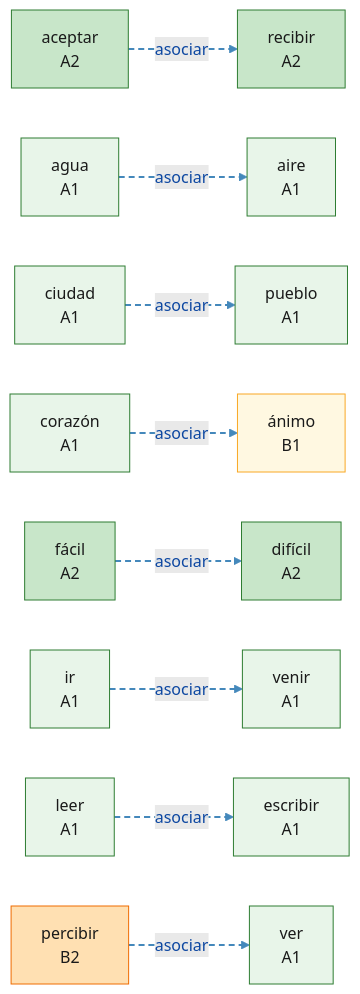
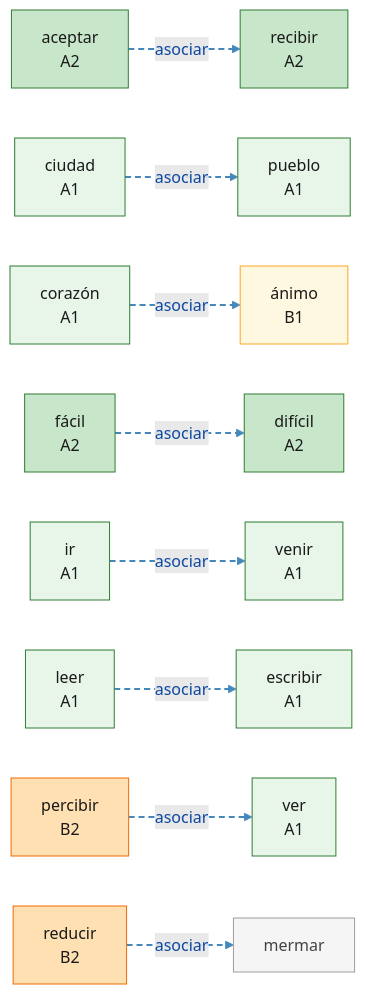
The diagram in mindmaps/asociar_a-l-2-4.md (auding1900/es-raiz-vocab), drawn with Mermaid before and after one commit. The commit also changed other lines of this file and 30 other files, not shown here.

First line of the commit message:
feat(data): 新增 C4 词根导图：struct,fabric,constru,mol,aed,tect,mur,pont

````diff
--- a/mindmaps/asociar_a-l-2-4.md
+++ b/mindmaps/asociar_a-l-2-4.md
@@ -8,59 +8,59 @@
 ```mermaid
 graph LR
   W_aceptar["aceptar<br/>A2"]:::lvlA2
-  W_agua["agua<br/>A1"]:::lvlA1
-  W_aire["aire<br/>A1"]:::lvlA1
   W_animo["ánimo<br/>B1"]:::lvlB1
   W_ciudad["ciudad<br/>A1"]:::lvlA1
   W_corazon["corazón<br/>A1"]:::lvlA1
   W_dificil["difícil<br/>A2"]:::lvlA2
   W_escribir["escribir<br/>A1"]:::lvlA1
   W_facil["fácil<br/>A2"]:::lvlA2
   W_ir["ir<br/>A1"]:::lvlA1
   W_leer["leer<br/>A1"]:::lvlA1
+  W_mermar["mermar"]:::lvlNA
   W_percibir["percibir<br/>B2"]:::lvlB2
   W_pueblo["pueblo<br/>A1"]:::lvlA1
   W_recibir["recibir<br/>A2"]:::lvlA2
+  W_reducir["reducir<br/>B2"]:::lvlB2
   W_venir["venir<br/>A1"]:::lvlA1
   W_ver["ver<br/>A1"]:::lvlA1
+  W_reducir -.->|asociar| W_mermar
   W_percibir -.->|asociar| W_ver
   W_aceptar -.->|asociar| W_recibir
   W_facil -.->|asociar| W_dificil
   W_ir -.->|asociar| W_venir
   W_leer -.->|asociar| W_escribir
   W_corazon -.->|asociar| W_animo
   W_ciudad -.->|asociar| W_pueblo
-  W_agua -.->|asociar| W_aire
   linkStyle 0 stroke:#4488bb,stroke-width:2px,stroke-dasharray:6 4
   linkStyle 1 stroke:#4488bb,stroke-width:2px,stroke-dasharray:6 4
   linkStyle 2 stroke:#4488bb,stroke-width:2px,stroke-dasharray:6 4
   linkStyle 3 stroke:#4488bb,stroke-width:2px,stroke-dasharray:6 4
   linkStyle 4 stroke:#4488bb,stroke-width:2px,stroke-dasharray:6 4
   linkStyle 5 stroke:#4488bb,stroke-width:2px,stroke-dasharray:6 4
   linkStyle 6 stroke:#4488bb,stroke-width:2px,stroke-dasharray:6 4
   linkStyle 7 stroke:#4488bb,stroke-width:2px,stroke-dasharray:6 4
   classDef root fill:#bbdefb,stroke:#1565c0,stroke-width:2px,color:#0d47a1
   classDef lvlA1 fill:#e8f5e9,stroke:#2e7d32,color:#1a1a1a
   classDef lvlA2 fill:#c8e6c9,stroke:#2e7d32,color:#1a1a1a
   classDef lvlB1 fill:#fff8e1,stroke:#f9a825,color:#1a1a1a
   classDef lvlB2 fill:#ffe0b2,stroke:#ef6c00,color:#1a1a1a
   classDef lvlC1 fill:#ffccbc,stroke:#d84315,color:#1a1a1a
   classDef lvlC2 fill:#ffcdd2,stroke:#b71c1c,color:#1a1a1a
   classDef lvlNA fill:#f5f5f5,stroke:#9e9e9e,color:#424242
   click W_aceptar "https://www.doubao.com/chat?q=%E8%A5%BF%E7%8F%AD%E7%89%99%E8%AF%ADaceptar%EF%BC%8C%E8%AF%8D%E6%A0%B9cap%EF%BC%8C%E8%A7%A3%E9%87%8A%E8%AF%8D%E4%B9%89%E3%80%81DELE%E7%AD%89%E7%BA%A7%E3%80%81%E8%AF%AD%E4%BD%93%E3%80%81%E5%B8%B8%E7%94%A8%E6%90%AD%E9%85%8D%E3%80%81%E8%BF%91%E4%B9%89%E8%AF%8D%E8%BE%A8%E6%9E%90%EF%BC%8C%E5%B9%B6%E4%B8%94%E7%BB%992%E6%9D%A1%E6%9D%A5%E8%87%AA%E5%85%AC%E7%89%88%E8%A5%BF%E8%AF%AD%E6%96%87%E6%9C%AC%EF%BC%88Wikisource%2F%E5%8F%A4%E7%99%BB%E5%A0%A1%EF%BC%89%E7%9A%84%E8%87%AA%E7%84%B6%E4%BE%8B%E5%8F%A5%EF%BC%8C%E4%BE%8B%E5%8F%A5%E4%BC%98%E5%85%88%E9%80%89%E7%94%A8%E7%8E%B0%E4%BB%A3%E6%A0%87%E5%87%86%E8%A5%BF%E7%8F%AD%E7%89%99%E8%AF%AD%EF%BC%8C%E5%8F%A4%E4%BD%93%E4%BE%8B%E5%8F%A5%E6%A0%87%E6%B3%A8%E3%80%90arca%C3%ADsmo%E3%80%91" "豆包查询：aceptar" _blank
-  click W_agua "https://www.doubao.com/chat?q=%E8%A5%BF%E7%8F%AD%E7%89%99%E8%AF%ADagua%EF%BC%8C%E8%AF%8D%E6%A0%B9aqu%EF%BC%8C%E8%A7%A3%E9%87%8A%E8%AF%8D%E4%B9%89%E3%80%81DELE%E7%AD%89%E7%BA%A7%E3%80%81%E8%AF%AD%E4%BD%93%E3%80%81%E5%B8%B8%E7%94%A8%E6%90%AD%E9%85%8D%E3%80%81%E8%BF%91%E4%B9%89%E8%AF%8D%E8%BE%A8%E6%9E%90%EF%BC%8C%E5%B9%B6%E4%B8%94%E7%BB%992%E6%9D%A1%E6%9D%A5%E8%87%AA%E5%85%AC%E7%89%88%E8%A5%BF%E8%AF%AD%E6%96%87%E6%9C%AC%EF%BC%88Wikisource%2F%E5%8F%A4%E7%99%BB%E5%A0%A1%EF%BC%89%E7%9A%84%E8%87%AA%E7%84%B6%E4%BE%8B%E5%8F%A5%EF%BC%8C%E4%BE%8B%E5%8F%A5%E4%BC%98%E5%85%88%E9%80%89%E7%94%A8%E7%8E%B0%E4%BB%A3%E6%A0%87%E5%87%86%E8%A5%BF%E7%8F%AD%E7%89%99%E8%AF%AD%EF%BC%8C%E5%8F%A4%E4%BD%93%E4%BE%8B%E5%8F%A5%E6%A0%87%E6%B3%A8%E3%80%90arca%C3%ADsmo%E3%80%91" "豆包查询：agua" _blank
-  click W_aire "https://www.doubao.com/chat?q=%E8%A5%BF%E7%8F%AD%E7%89%99%E8%AF%ADaire%EF%BC%8C%E8%AF%8D%E6%A0%B9aer%EF%BC%8C%E8%A7%A3%E9%87%8A%E8%AF%8D%E4%B9%89%E3%80%81DELE%E7%AD%89%E7%BA%A7%E3%80%81%E8%AF%AD%E4%BD%93%E3%80%81%E5%B8%B8%E7%94%A8%E6%90%AD%E9%85%8D%E3%80%81%E8%BF%91%E4%B9%89%E8%AF%8D%E8%BE%A8%E6%9E%90%EF%BC%8C%E5%B9%B6%E4%B8%94%E7%BB%992%E6%9D%A1%E6%9D%A5%E8%87%AA%E5%85%AC%E7%89%88%E8%A5%BF%E8%AF%AD%E6%96%87%E6%9C%AC%EF%BC%88Wikisource%2F%E5%8F%A4%E7%99%BB%E5%A0%A1%EF%BC%89%E7%9A%84%E8%87%AA%E7%84%B6%E4%BE%8B%E5%8F%A5%EF%BC%8C%E4%BE%8B%E5%8F%A5%E4%BC%98%E5%85%88%E9%80%89%E7%94%A8%E7%8E%B0%E4%BB%A3%E6%A0%87%E5%87%86%E8%A5%BF%E7%8F%AD%E7%89%99%E8%AF%AD%EF%BC%8C%E5%8F%A4%E4%BD%93%E4%BE%8B%E5%8F%A5%E6%A0%87%E6%B3%A8%E3%80%90arca%C3%ADsmo%E3%80%91" "豆包查询：aire" _blank
   click W_animo "https://www.doubao.com/chat?q=%E8%A5%BF%E7%8F%AD%E7%89%99%E8%AF%AD%C3%A1nimo%EF%BC%8C%E8%AF%8D%E6%A0%B9anim%EF%BC%8C%E8%A7%A3%E9%87%8A%E8%AF%8D%E4%B9%89%E3%80%81DELE%E7%AD%89%E7%BA%A7%E3%80%81%E8%AF%AD%E4%BD%93%E3%80%81%E5%B8%B8%E7%94%A8%E6%90%AD%E9%85%8D%E3%80%81%E8%BF%91%E4%B9%89%E8%AF%8D%E8%BE%A8%E6%9E%90%EF%BC%8C%E5%B9%B6%E4%B8%94%E7%BB%992%E6%9D%A1%E6%9D%A5%E8%87%AA%E5%85%AC%E7%89%88%E8%A5%BF%E8%AF%AD%E6%96%87%E6%9C%AC%EF%BC%88Wikisource%2F%E5%8F%A4%E7%99%BB%E5%A0%A1%EF%BC%89%E7%9A%84%E8%87%AA%E7%84%B6%E4%BE%8B%E5%8F%A5%EF%BC%8C%E4%BE%8B%E5%8F%A5%E4%BC%98%E5%85%88%E9%80%89%E7%94%A8%E7%8E%B0%E4%BB%A3%E6%A0%87%E5%87%86%E8%A5%BF%E7%8F%AD%E7%89%99%E8%AF%AD%EF%BC%8C%E5%8F%A4%E4%BD%93%E4%BE%8B%E5%8F%A5%E6%A0%87%E6%B3%A8%E3%80%90arca%C3%ADsmo%E3%80%91" "豆包查询：ánimo" _blank
   click W_ciudad "https://www.doubao.com/chat?q=%E8%A5%BF%E7%8F%AD%E7%89%99%E8%AF%ADciudad%EF%BC%8C%E8%AF%8D%E6%A0%B9civ%EF%BC%8C%E8%A7%A3%E9%87%8A%E8%AF%8D%E4%B9%89%E3%80%81DELE%E7%AD%89%E7%BA%A7%E3%80%81%E8%AF%AD%E4%BD%93%E3%80%81%E5%B8%B8%E7%94%A8%E6%90%AD%E9%85%8D%E3%80%81%E8%BF%91%E4%B9%89%E8%AF%8D%E8%BE%A8%E6%9E%90%EF%BC%8C%E5%B9%B6%E4%B8%94%E7%BB%992%E6%9D%A1%E6%9D%A5%E8%87%AA%E5%85%AC%E7%89%88%E8%A5%BF%E8%AF%AD%E6%96%87%E6%9C%AC%EF%BC%88Wikisource%2F%E5%8F%A4%E7%99%BB%E5%A0%A1%EF%BC%89%E7%9A%84%E8%87%AA%E7%84%B6%E4%BE%8B%E5%8F%A5%EF%BC%8C%E4%BE%8B%E5%8F%A5%E4%BC%98%E5%85%88%E9%80%89%E7%94%A8%E7%8E%B0%E4%BB%A3%E6%A0%87%E5%87%86%E8%A5%BF%E7%8F%AD%E7%89%99%E8%AF%AD%EF%BC%8C%E5%8F%A4%E4%BD%93%E4%BE%8B%E5%8F%A5%E6%A0%87%E6%B3%A8%E3%80%90arca%C3%ADsmo%E3%80%91" "豆包查询：ciudad" _blank
   click W_corazon "https://www.doubao.com/chat?q=%E8%A5%BF%E7%8F%AD%E7%89%99%E8%AF%ADcoraz%C3%B3n%EF%BC%8C%E8%AF%8D%E6%A0%B9cor%EF%BC%8C%E8%A7%A3%E9%87%8A%E8%AF%8D%E4%B9%89%E3%80%81DELE%E7%AD%89%E7%BA%A7%E3%80%81%E8%AF%AD%E4%BD%93%E3%80%81%E5%B8%B8%E7%94%A8%E6%90%AD%E9%85%8D%E3%80%81%E8%BF%91%E4%B9%89%E8%AF%8D%E8%BE%A8%E6%9E%90%EF%BC%8C%E5%B9%B6%E4%B8%94%E7%BB%992%E6%9D%A1%E6%9D%A5%E8%87%AA%E5%85%AC%E7%89%88%E8%A5%BF%E8%AF%AD%E6%96%87%E6%9C%AC%EF%BC%88Wikisource%2F%E5%8F%A4%E7%99%BB%E5%A0%A1%EF%BC%89%E7%9A%84%E8%87%AA%E7%84%B6%E4%BE%8B%E5%8F%A5%EF%BC%8C%E4%BE%8B%E5%8F%A5%E4%BC%98%E5%85%88%E9%80%89%E7%94%A8%E7%8E%B0%E4%BB%A3%E6%A0%87%E5%87%86%E8%A5%BF%E7%8F%AD%E7%89%99%E8%AF%AD%EF%BC%8C%E5%8F%A4%E4%BD%93%E4%BE%8B%E5%8F%A5%E6%A0%87%E6%B3%A8%E3%80%90arca%C3%ADsmo%E3%80%91" "豆包查询：corazón" _blank
   click W_dificil "https://www.doubao.com/chat?q=%E8%A5%BF%E7%8F%AD%E7%89%99%E8%AF%ADdif%C3%ADcil%EF%BC%8C%E8%AF%8D%E6%A0%B9fac%EF%BC%8C%E8%A7%A3%E9%87%8A%E8%AF%8D%E4%B9%89%E3%80%81DELE%E7%AD%89%E7%BA%A7%E3%80%81%E8%AF%AD%E4%BD%93%E3%80%81%E5%B8%B8%E7%94%A8%E6%90%AD%E9%85%8D%E3%80%81%E8%BF%91%E4%B9%89%E8%AF%8D%E8%BE%A8%E6%9E%90%EF%BC%8C%E5%B9%B6%E4%B8%94%E7%BB%992%E6%9D%A1%E6%9D%A5%E8%87%AA%E5%85%AC%E7%89%88%E8%A5%BF%E8%AF%AD%E6%96%87%E6%9C%AC%EF%BC%88Wikisource%2F%E5%8F%A4%E7%99%BB%E5%A0%A1%EF%BC%89%E7%9A%84%E8%87%AA%E7%84%B6%E4%BE%8B%E5%8F%A5%EF%BC%8C%E4%BE%8B%E5%8F%A5%E4%BC%98%E5%85%88%E9%80%89%E7%94%A8%E7%8E%B0%E4%BB%A3%E6%A0%87%E5%87%86%E8%A5%BF%E7%8F%AD%E7%89%99%E8%AF%AD%EF%BC%8C%E5%8F%A4%E4%BD%93%E4%BE%8B%E5%8F%A5%E6%A0%87%E6%B3%A8%E3%80%90arca%C3%ADsmo%E3%80%91" "豆包查询：difícil" _blank
   click W_escribir "https://www.doubao.com/chat?q=%E8%A5%BF%E7%8F%AD%E7%89%99%E8%AF%ADescribir%EF%BC%8C%E8%AF%8D%E6%A0%B9scrib%EF%BC%8C%E8%A7%A3%E9%87%8A%E8%AF%8D%E4%B9%89%E3%80%81DELE%E7%AD%89%E7%BA%A7%E3%80%81%E8%AF%AD%E4%BD%93%E3%80%81%E5%B8%B8%E7%94%A8%E6%90%AD%E9%85%8D%E3%80%81%E8%BF%91%E4%B9%89%E8%AF%8D%E8%BE%A8%E6%9E%90%EF%BC%8C%E5%B9%B6%E4%B8%94%E7%BB%992%E6%9D%A1%E6%9D%A5%E8%87%AA%E5%85%AC%E7%89%88%E8%A5%BF%E8%AF%AD%E6%96%87%E6%9C%AC%EF%BC%88Wikisource%2F%E5%8F%A4%E7%99%BB%E5%A0%A1%EF%BC%89%E7%9A%84%E8%87%AA%E7%84%B6%E4%BE%8B%E5%8F%A5%EF%BC%8C%E4%BE%8B%E5%8F%A5%E4%BC%98%E5%85%88%E9%80%89%E7%94%A8%E7%8E%B0%E4%BB%A3%E6%A0%87%E5%87%86%E8%A5%BF%E7%8F%AD%E7%89%99%E8%AF%AD%EF%BC%8C%E5%8F%A4%E4%BD%93%E4%BE%8B%E5%8F%A5%E6%A0%87%E6%B3%A8%E3%80%90arca%C3%ADsmo%E3%80%91" "豆包查询：escribir" _blank
   click W_facil "https://www.doubao.com/chat?q=%E8%A5%BF%E7%8F%AD%E7%89%99%E8%AF%ADf%C3%A1cil%EF%BC%8C%E8%AF%8D%E6%A0%B9fac%EF%BC%8C%E8%A7%A3%E9%87%8A%E8%AF%8D%E4%B9%89%E3%80%81DELE%E7%AD%89%E7%BA%A7%E3%80%81%E8%AF%AD%E4%BD%93%E3%80%81%E5%B8%B8%E7%94%A8%E6%90%AD%E9%85%8D%E3%80%81%E8%BF%91%E4%B9%89%E8%AF%8D%E8%BE%A8%E6%9E%90%EF%BC%8C%E5%B9%B6%E4%B8%94%E7%BB%992%E6%9D%A1%E6%9D%A5%E8%87%AA%E5%85%AC%E7%89%88%E8%A5%BF%E8%AF%AD%E6%96%87%E6%9C%AC%EF%BC%88Wikisource%2F%E5%8F%A4%E7%99%BB%E5%A0%A1%EF%BC%89%E7%9A%84%E8%87%AA%E7%84%B6%E4%BE%8B%E5%8F%A5%EF%BC%8C%E4%BE%8B%E5%8F%A5%E4%BC%98%E5%85%88%E9%80%89%E7%94%A8%E7%8E%B0%E4%BB%A3%E6%A0%87%E5%87%86%E8%A5%BF%E7%8F%AD%E7%89%99%E8%AF%AD%EF%BC%8C%E5%8F%A4%E4%BD%93%E4%BE%8B%E5%8F%A5%E6%A0%87%E6%B3%A8%E3%80%90arca%C3%ADsmo%E3%80%91" "豆包查询：fácil" _blank
   click W_ir "https://www.doubao.com/chat?q=%E8%A5%BF%E7%8F%AD%E7%89%99%E8%AF%ADir%EF%BC%8C%E8%AF%8D%E6%A0%B9ire%EF%BC%8C%E8%A7%A3%E9%87%8A%E8%AF%8D%E4%B9%89%E3%80%81DELE%E7%AD%89%E7%BA%A7%E3%80%81%E8%AF%AD%E4%BD%93%E3%80%81%E5%B8%B8%E7%94%A8%E6%90%AD%E9%85%8D%E3%80%81%E8%BF%91%E4%B9%89%E8%AF%8D%E8%BE%A8%E6%9E%90%EF%BC%8C%E5%B9%B6%E4%B8%94%E7%BB%992%E6%9D%A1%E6%9D%A5%E8%87%AA%E5%85%AC%E7%89%88%E8%A5%BF%E8%AF%AD%E6%96%87%E6%9C%AC%EF%BC%88Wikisource%2F%E5%8F%A4%E7%99%BB%E5%A0%A1%EF%BC%89%E7%9A%84%E8%87%AA%E7%84%B6%E4%BE%8B%E5%8F%A5%EF%BC%8C%E4%BE%8B%E5%8F%A5%E4%BC%98%E5%85%88%E9%80%89%E7%94%A8%E7%8E%B0%E4%BB%A3%E6%A0%87%E5%87%86%E8%A5%BF%E7%8F%AD%E7%89%99%E8%AF%AD%EF%BC%8C%E5%8F%A4%E4%BD%93%E4%BE%8B%E5%8F%A5%E6%A0%87%E6%B3%A8%E3%80%90arca%C3%ADsmo%E3%80%91" "豆包查询：ir" _blank
   click W_leer "https://www.doubao.com/chat?q=%E8%A5%BF%E7%8F%AD%E7%89%99%E8%AF%ADleer%EF%BC%8C%E8%AF%8D%E6%A0%B9leg%EF%BC%8C%E8%A7%A3%E9%87%8A%E8%AF%8D%E4%B9%89%E3%80%81DELE%E7%AD%89%E7%BA%A7%E3%80%81%E8%AF%AD%E4%BD%93%E3%80%81%E5%B8%B8%E7%94%A8%E6%90%AD%E9%85%8D%E3%80%81%E8%BF%91%E4%B9%89%E8%AF%8D%E8%BE%A8%E6%9E%90%EF%BC%8C%E5%B9%B6%E4%B8%94%E7%BB%992%E6%9D%A1%E6%9D%A5%E8%87%AA%E5%85%AC%E7%89%88%E8%A5%BF%E8%AF%AD%E6%96%87%E6%9C%AC%EF%BC%88Wikisource%2F%E5%8F%A4%E7%99%BB%E5%A0%A1%EF%BC%89%E7%9A%84%E8%87%AA%E7%84%B6%E4%BE%8B%E5%8F%A5%EF%BC%8C%E4%BE%8B%E5%8F%A5%E4%BC%98%E5%85%88%E9%80%89%E7%94%A8%E7%8E%B0%E4%BB%A3%E6%A0%87%E5%87%86%E8%A5%BF%E7%8F%AD%E7%89%99%E8%AF%AD%EF%BC%8C%E5%8F%A4%E4%BD%93%E4%BE%8B%E5%8F%A5%E6%A0%87%E6%B3%A8%E3%80%90arca%C3%ADsmo%E3%80%91" "豆包查询：leer" _blank
+  click W_mermar "https://www.doubao.com/chat?q=%E8%A5%BF%E7%8F%AD%E7%89%99%E8%AF%ADmermar%EF%BC%8C%E8%A7%A3%E9%87%8A%E8%AF%8D%E4%B9%89%E3%80%81DELE%E7%AD%89%E7%BA%A7%E3%80%81%E8%AF%AD%E4%BD%93%E3%80%81%E5%B8%B8%E7%94%A8%E6%90%AD%E9%85%8D%E3%80%81%E8%BF%91%E4%B9%89%E8%AF%8D%E8%BE%A8%E6%9E%90%EF%BC%8C%E5%B9%B6%E4%B8%94%E7%BB%992%E6%9D%A1%E6%9D%A5%E8%87%AA%E5%85%AC%E7%89%88%E8%A5%BF%E8%AF%AD%E6%96%87%E6%9C%AC%EF%BC%88Wikisource%2F%E5%8F%A4%E7%99%BB%E5%A0%A1%EF%BC%89%E7%9A%84%E8%87%AA%E7%84%B6%E4%BE%8B%E5%8F%A5%EF%BC%8C%E4%BE%8B%E5%8F%A5%E4%BC%98%E5%85%88%E9%80%89%E7%94%A8%E7%8E%B0%E4%BB%A3%E6%A0%87%E5%87%86%E8%A5%BF%E7%8F%AD%E7%89%99%E8%AF%AD%EF%BC%8C%E5%8F%A4%E4%BD%93%E4%BE%8B%E5%8F%A5%E6%A0%87%E6%B3%A8%E3%80%90arca%C3%ADsmo%E3%80%91" "豆包查询：mermar" _blank
   click W_percibir "https://www.doubao.com/chat?q=%E8%A5%BF%E7%8F%AD%E7%89%99%E8%AF%ADpercibir%EF%BC%8C%E8%AF%8D%E6%A0%B9cap%EF%BC%8C%E8%A7%A3%E9%87%8A%E8%AF%8D%E4%B9%89%E3%80%81DELE%E7%AD%89%E7%BA%A7%E3%80%81%E8%AF%AD%E4%BD%93%E3%80%81%E5%B8%B8%E7%94%A8%E6%90%AD%E9%85%8D%E3%80%81%E8%BF%91%E4%B9%89%E8%AF%8D%E8%BE%A8%E6%9E%90%EF%BC%8C%E5%B9%B6%E4%B8%94%E7%BB%992%E6%9D%A1%E6%9D%A5%E8%87%AA%E5%85%AC%E7%89%88%E8%A5%BF%E8%AF%AD%E6%96%87%E6%9C%AC%EF%BC%88Wikisource%2F%E5%8F%A4%E7%99%BB%E5%A0%A1%EF%BC%89%E7%9A%84%E8%87%AA%E7%84%B6%E4%BE%8B%E5%8F%A5%EF%BC%8C%E4%BE%8B%E5%8F%A5%E4%BC%98%E5%85%88%E9%80%89%E7%94%A8%E7%8E%B0%E4%BB%A3%E6%A0%87%E5%87%86%E8%A5%BF%E7%8F%AD%E7%89%99%E8%AF%AD%EF%BC%8C%E5%8F%A4%E4%BD%93%E4%BE%8B%E5%8F%A5%E6%A0%87%E6%B3%A8%E3%80%90arca%C3%ADsmo%E3%80%91" "豆包查询：percibir" _blank
   click W_pueblo "https://www.doubao.com/chat?q=%E8%A5%BF%E7%8F%AD%E7%89%99%E8%AF%ADpueblo%EF%BC%8C%E8%AF%8D%E6%A0%B9pop%EF%BC%8C%E8%A7%A3%E9%87%8A%E8%AF%8D%E4%B9%89%E3%80%81DELE%E7%AD%89%E7%BA%A7%E3%80%81%E8%AF%AD%E4%BD%93%E3%80%81%E5%B8%B8%E7%94%A8%E6%90%AD%E9%85%8D%E3%80%81%E8%BF%91%E4%B9%89%E8%AF%8D%E8%BE%A8%E6%9E%90%EF%BC%8C%E5%B9%B6%E4%B8%94%E7%BB%992%E6%9D%A1%E6%9D%A5%E8%87%AA%E5%85%AC%E7%89%88%E8%A5%BF%E8%AF%AD%E6%96%87%E6%9C%AC%EF%BC%88Wikisource%2F%E5%8F%A4%E7%99%BB%E5%A0%A1%EF%BC%89%E7%9A%84%E8%87%AA%E7%84%B6%E4%BE%8B%E5%8F%A5%EF%BC%8C%E4%BE%8B%E5%8F%A5%E4%BC%98%E5%85%88%E9%80%89%E7%94%A8%E7%8E%B0%E4%BB%A3%E6%A0%87%E5%87%86%E8%A5%BF%E7%8F%AD%E7%89%99%E8%AF%AD%EF%BC%8C%E5%8F%A4%E4%BD%93%E4%BE%8B%E5%8F%A5%E6%A0%87%E6%B3%A8%E3%80%90arca%C3%ADsmo%E3%80%91" "豆包查询：pueblo" _blank
   click W_recibir "https://www.doubao.com/chat?q=%E8%A5%BF%E7%8F%AD%E7%89%99%E8%AF%ADrecibir%EF%BC%8C%E8%AF%8D%E6%A0%B9cap%EF%BC%8C%E8%A7%A3%E9%87%8A%E8%AF%8D%E4%B9%89%E3%80%81DELE%E7%AD%89%E7%BA%A7%E3%80%81%E8%AF%AD%E4%BD%93%E3%80%81%E5%B8%B8%E7%94%A8%E6%90%AD%E9%85%8D%E3%80%81%E8%BF%91%E4%B9%89%E8%AF%8D%E8%BE%A8%E6%9E%90%EF%BC%8C%E5%B9%B6%E4%B8%94%E7%BB%992%E6%9D%A1%E6%9D%A5%E8%87%AA%E5%85%AC%E7%89%88%E8%A5%BF%E8%AF%AD%E6%96%87%E6%9C%AC%EF%BC%88Wikisource%2F%E5%8F%A4%E7%99%BB%E5%A0%A1%EF%BC%89%E7%9A%84%E8%87%AA%E7%84%B6%E4%BE%8B%E5%8F%A5%EF%BC%8C%E4%BE%8B%E5%8F%A5%E4%BC%98%E5%85%88%E9%80%89%E7%94%A8%E7%8E%B0%E4%BB%A3%E6%A0%87%E5%87%86%E8%A5%BF%E7%8F%AD%E7%89%99%E8%AF%AD%EF%BC%8C%E5%8F%A4%E4%BD%93%E4%BE%8B%E5%8F%A5%E6%A0%87%E6%B3%A8%E3%80%90arca%C3%ADsmo%E3%80%91" "豆包查询：recibir" _blank
+  click W_reducir "https://www.doubao.com/chat?q=%E8%A5%BF%E7%8F%AD%E7%89%99%E8%AF%ADreducir%EF%BC%8C%E8%AF%8D%E6%A0%B9duc%EF%BC%8C%E8%A7%A3%E9%87%8A%E8%AF%8D%E4%B9%89%E3%80%81DELE%E7%AD%89%E7%BA%A7%E3%80%81%E8%AF%AD%E4%BD%93%E3%80%81%E5%B8%B8%E7%94%A8%E6%90%AD%E9%85%8D%E3%80%81%E8%BF%91%E4%B9%89%E8%AF%8D%E8%BE%A8%E6%9E%90%EF%BC%8C%E5%B9%B6%E4%B8%94%E7%BB%992%E6%9D%A1%E6%9D%A5%E8%87%AA%E5%85%AC%E7%89%88%E8%A5%BF%E8%AF%AD%E6%96%87%E6%9C%AC%EF%BC%88Wikisource%2F%E5%8F%A4%E7%99%BB%E5%A0%A1%EF%BC%89%E7%9A%84%E8%87%AA%E7%84%B6%E4%BE%8B%E5%8F%A5%EF%BC%8C%E4%BE%8B%E5%8F%A5%E4%BC%98%E5%85%88%E9%80%89%E7%94%A8%E7%8E%B0%E4%BB%A3%E6%A0%87%E5%87%86%E8%A5%BF%E7%8F%AD%E7%89%99%E8%AF%AD%EF%BC%8C%E5%8F%A4%E4%BD%93%E4%BE%8B%E5%8F%A5%E6%A0%87%E6%B3%A8%E3%80%90arca%C3%ADsmo%E3%80%91" "豆包查询：reducir" _blank
   click W_venir "https://www.doubao.com/chat?q=%E8%A5%BF%E7%8F%AD%E7%89%99%E8%AF%ADvenir%EF%BC%8C%E8%AF%8D%E6%A0%B9ven%EF%BC%8C%E8%A7%A3%E9%87%8A%E8%AF%8D%E4%B9%89%E3%80%81DELE%E7%AD%89%E7%BA%A7%E3%80%81%E8%AF%AD%E4%BD%93%E3%80%81%E5%B8%B8%E7%94%A8%E6%90%AD%E9%85%8D%E3%80%81%E8%BF%91%E4%B9%89%E8%AF%8D%E8%BE%A8%E6%9E%90%EF%BC%8C%E5%B9%B6%E4%B8%94%E7%BB%992%E6%9D%A1%E6%9D%A5%E8%87%AA%E5%85%AC%E7%89%88%E8%A5%BF%E8%AF%AD%E6%96%87%E6%9C%AC%EF%BC%88Wikisource%2F%E5%8F%A4%E7%99%BB%E5%A0%A1%EF%BC%89%E7%9A%84%E8%87%AA%E7%84%B6%E4%BE%8B%E5%8F%A5%EF%BC%8C%E4%BE%8B%E5%8F%A5%E4%BC%98%E5%85%88%E9%80%89%E7%94%A8%E7%8E%B0%E4%BB%A3%E6%A0%87%E5%87%86%E8%A5%BF%E7%8F%AD%E7%89%99%E8%AF%AD%EF%BC%8C%E5%8F%A4%E4%BD%93%E4%BE%8B%E5%8F%A5%E6%A0%87%E6%B3%A8%E3%80%90arca%C3%ADsmo%E3%80%91" "豆包查询：venir" _blank
   click W_ver "https://www.doubao.com/chat?q=%E8%A5%BF%E7%8F%AD%E7%89%99%E8%AF%ADver%EF%BC%8C%E8%AF%8D%E6%A0%B9vid%EF%BC%8C%E8%A7%A3%E9%87%8A%E8%AF%8D%E4%B9%89%E3%80%81DELE%E7%AD%89%E7%BA%A7%E3%80%81%E8%AF%AD%E4%BD%93%E3%80%81%E5%B8%B8%E7%94%A8%E6%90%AD%E9%85%8D%E3%80%81%E8%BF%91%E4%B9%89%E8%AF%8D%E8%BE%A8%E6%9E%90%EF%BC%8C%E5%B9%B6%E4%B8%94%E7%BB%992%E6%9D%A1%E6%9D%A5%E8%87%AA%E5%85%AC%E7%89%88%E8%A5%BF%E8%AF%AD%E6%96%87%E6%9C%AC%EF%BC%88Wikisource%2F%E5%8F%A4%E7%99%BB%E5%A0%A1%EF%BC%89%E7%9A%84%E8%87%AA%E7%84%B6%E4%BE%8B%E5%8F%A5%EF%BC%8C%E4%BE%8B%E5%8F%A5%E4%BC%98%E5%85%88%E9%80%89%E7%94%A8%E7%8E%B0%E4%BB%A3%E6%A0%87%E5%87%86%E8%A5%BF%E7%8F%AD%E7%89%99%E8%AF%AD%EF%BC%8C%E5%8F%A4%E4%BD%93%E4%BE%8B%E5%8F%A5%E6%A0%87%E6%B3%A8%E3%80%90arca%C3%ADsmo%E3%80%91" "豆包查询：ver" _blank
 ```
````
